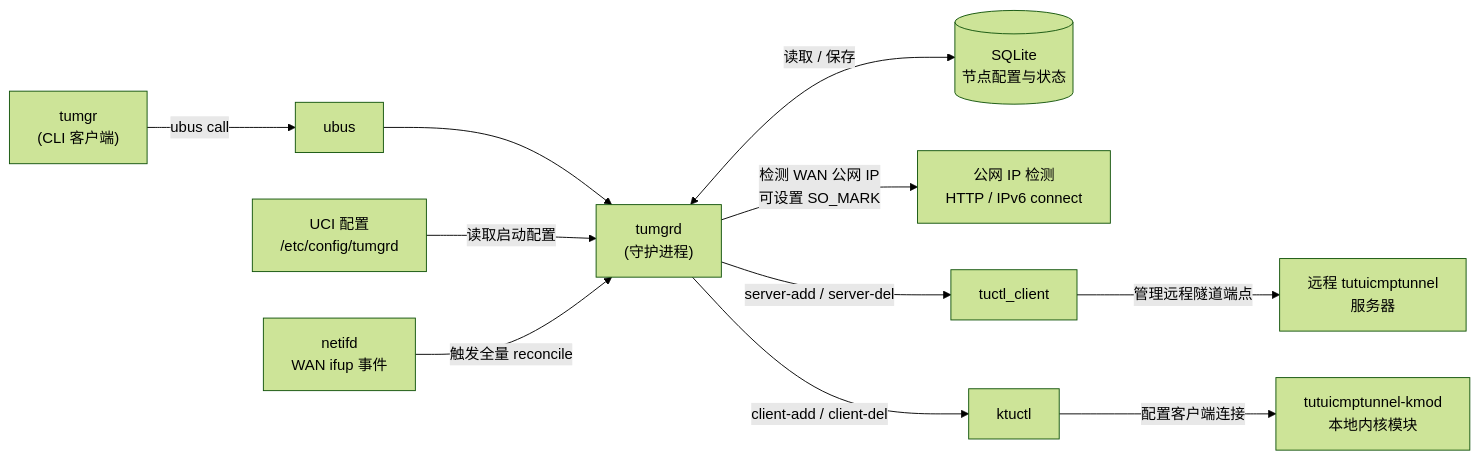
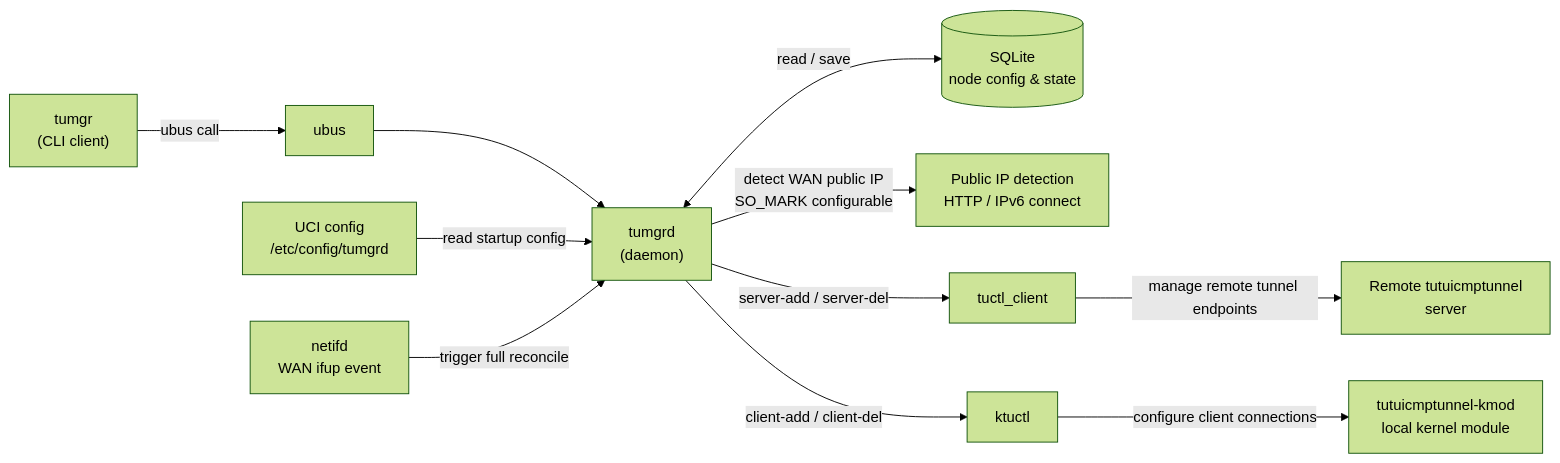
One commit to hrimfaxi/tumgrd changed the first of 6 diagrams in README.md. Above: the diagram before and after it, drawn with Mermaid (forest theme). The commit also changed other lines of this file and 1 other file, not shown here.

````diff
--- a/README.md
+++ b/README.md
@@ -27,30 +29,30 @@
 ```mermaid
 flowchart LR
-    CLI["tumgr<br/>(CLI 客户端)"]
+    CLI["tumgr<br/>(CLI client)"]
     UBUS["ubus"]
-    D["tumgrd<br/>(守护进程)"]
+    D["tumgrd<br/>(daemon)"]
 
-    DB[("SQLite<br/>节点配置与状态")]
-    UCI["UCI 配置<br/>/etc/config/tumgrd"]
-    NETIFD["netifd<br/>WAN ifup 事件"]
-    IP["公网 IP 检测<br/>HTTP / IPv6 connect"]
+    DB[("SQLite<br/>node config & state")]
+    UCI["UCI config<br/>/etc/config/tumgrd"]
+    NETIFD["netifd<br/>WAN ifup event"]
+    IP["Public IP detection<br/>HTTP / IPv6 connect"]
 
     TUCTL["tuctl_client"]
     KTUCTL["ktuctl"]
-    SERVER["远程 tutuicmptunnel<br/>服务器"]
-    KMOD["tutuicmptunnel-kmod<br/>本地内核模块"]
+    SERVER["Remote tutuicmptunnel<br/>server"]
+    KMOD["tutuicmptunnel-kmod<br/>local kernel module"]
 
     CLI -->|"ubus call"| UBUS
     UBUS --> D
 
-    UCI -->|"读取启动配置"| D
-    NETIFD -->|"触发全量 reconcile"| D
-    D <-->|"读取 / 保存"| DB
-    D -->|"检测 WAN 公网 IP<br/>可设置 SO_MARK"| IP
+    UCI -->|"read startup config"| D
+    NETIFD -->|"trigger full reconcile"| D
+    D <-->|"read / save"| DB
+    D -->|"detect WAN public IP<br/>SO_MARK configurable"| IP
 
     D -->|"server-add / server-del"| TUCTL
-    TUCTL -->|"管理远程隧道端点"| SERVER
+    TUCTL -->|"manage remote tunnel endpoints"| SERVER
 
     D -->|"client-add / client-del"| KTUCTL
-    KTUCTL -->|"配置客户端连接"| KMOD
+    KTUCTL -->|"configure client connections"| KMOD
 ```
````
